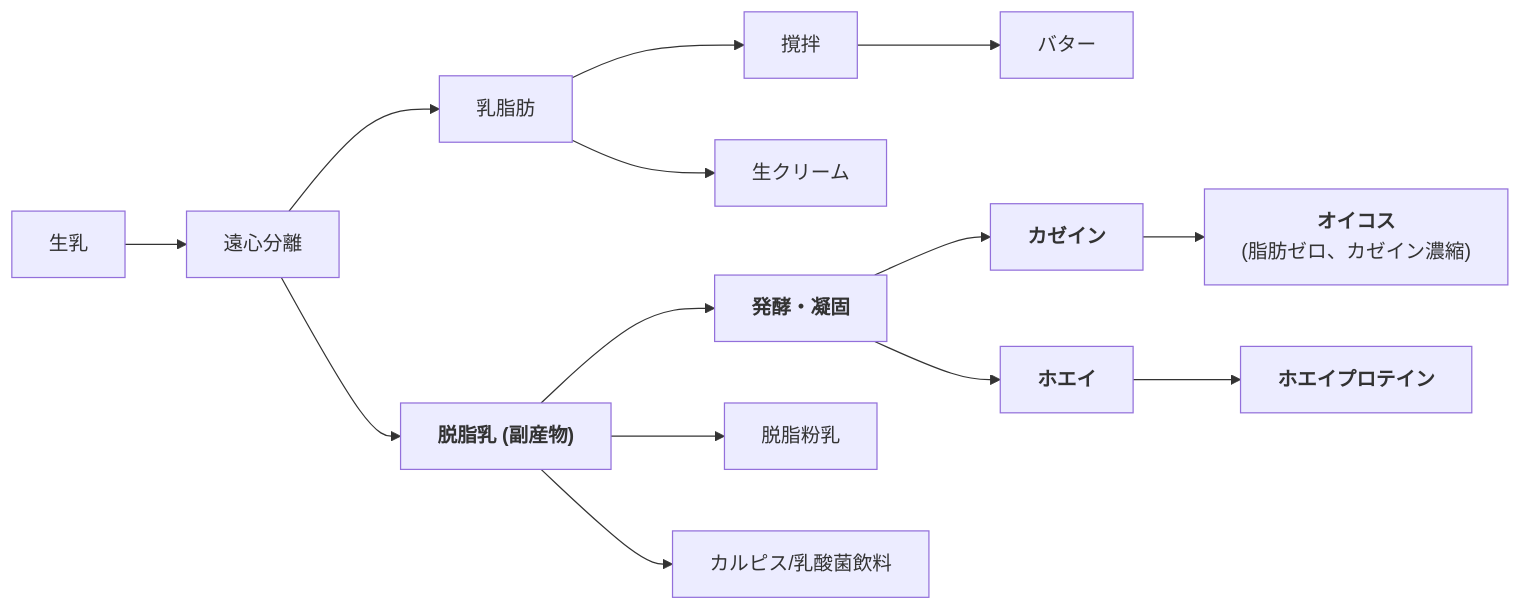
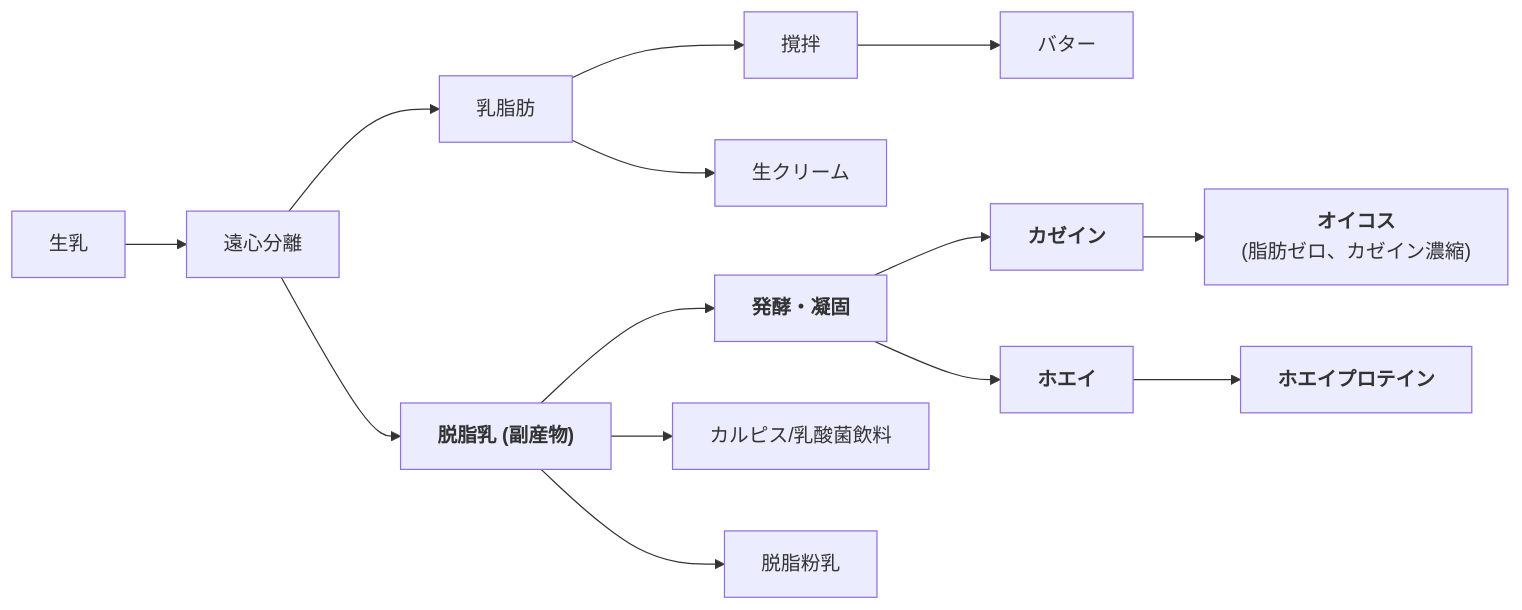
One commit to ussyi-git/- changed the first of 2 diagrams in README.md. Above: the diagram before and after it, drawn with Mermaid. The commit also changed other lines of this file, not shown here.

````diff
--- a/README.md
+++ b/README.md
@@ -1,23 +1,23 @@
 ```mermaid
 graph LR
 Milk["生乳"]-->Separator["遠心分離"]
 %% --- クリーム側の流れ ---
 Separator-->Cream["乳脂肪"]
 Cream-->ButterProcess["撹拌"]
   Cream-->creamyProcess["生クリーム"]
 ButterProcess-->Butter["バター"]
 %% --- 脱脂乳側の流れ ---
 Separator-->SkimMilk["<b>脱脂乳 (副産物)</b>"]
 %% 発酵プロセスへ
 SkimMilk-->Ferment["<b>発酵・凝固</b>"]
 %% そのまま加工
+SkimMilk-->Calpis["カルピス/乳酸菌飲料"]
 SkimMilk-->Powder["脱脂粉乳"]
-SkimMilk-->Calpis["カルピス/乳酸菌飲料"]
 %% 固形分（カゼイン）の行方
 Ferment-->Curd["<b>カゼイン</b>"]
 Curd-->Oikos["<b>オイコス</b><br>(脂肪ゼロ、カゼイン濃縮)"]
 %% 液体（ホエイ）の行方
 Ferment-->Whey["<b>ホエイ</b>"]
 Whey-->WPC_WPI["<b>ホエイプロテイン</b>"]
 
 ```
````
